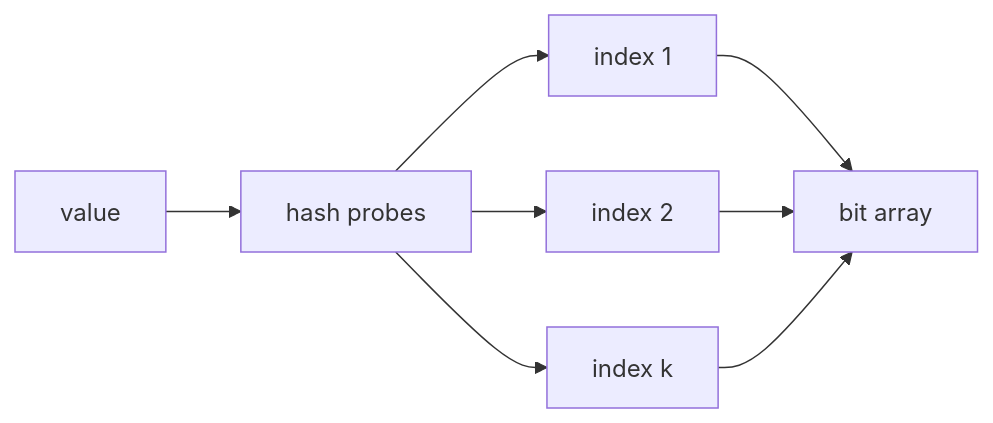
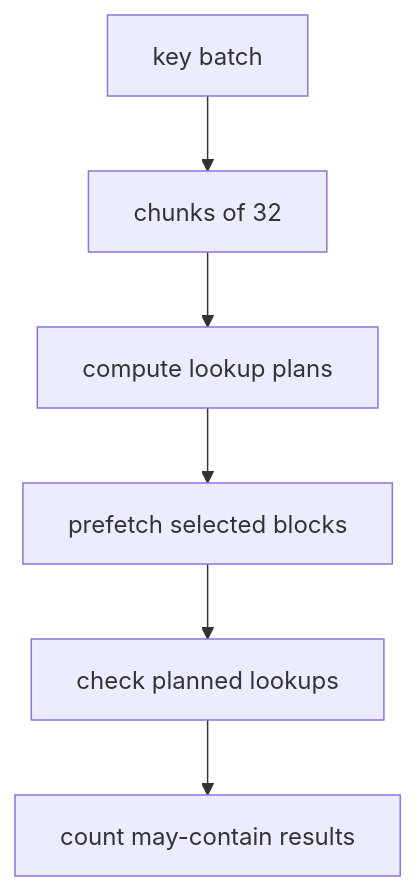
Before and after one commit to Aditya-1304/bloom-bloom: the seventh of 8 diagrams in README.md, drawn with Mermaid. The commit also changed other lines of this file, not shown here.

````diff
--- a/README.md
+++ b/README.md
@@ -116,10 +348,8 @@
 ```mermaid
-flowchart LR
-    A[value] --> B[hash probes]
-    B --> C[index 1]
-    B --> D[index 2]
-    B --> E[index k]
-    C --> F[bit array]
-    D --> F
-    E --> F
+flowchart TD
+    A[key batch] --> B[chunks of 32]
+    B --> C[compute lookup plans]
+    C --> D[prefetch selected blocks]
+    D --> E[check planned lookups]
+    E --> F[count may-contain results]
 ```
````
